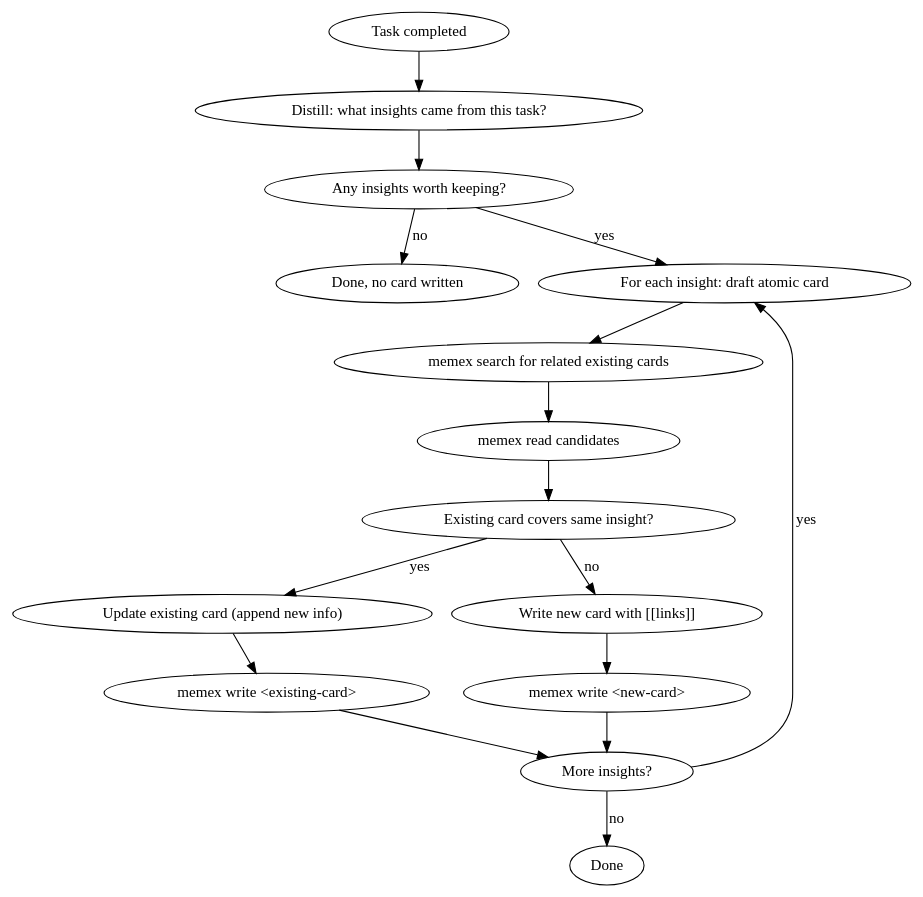
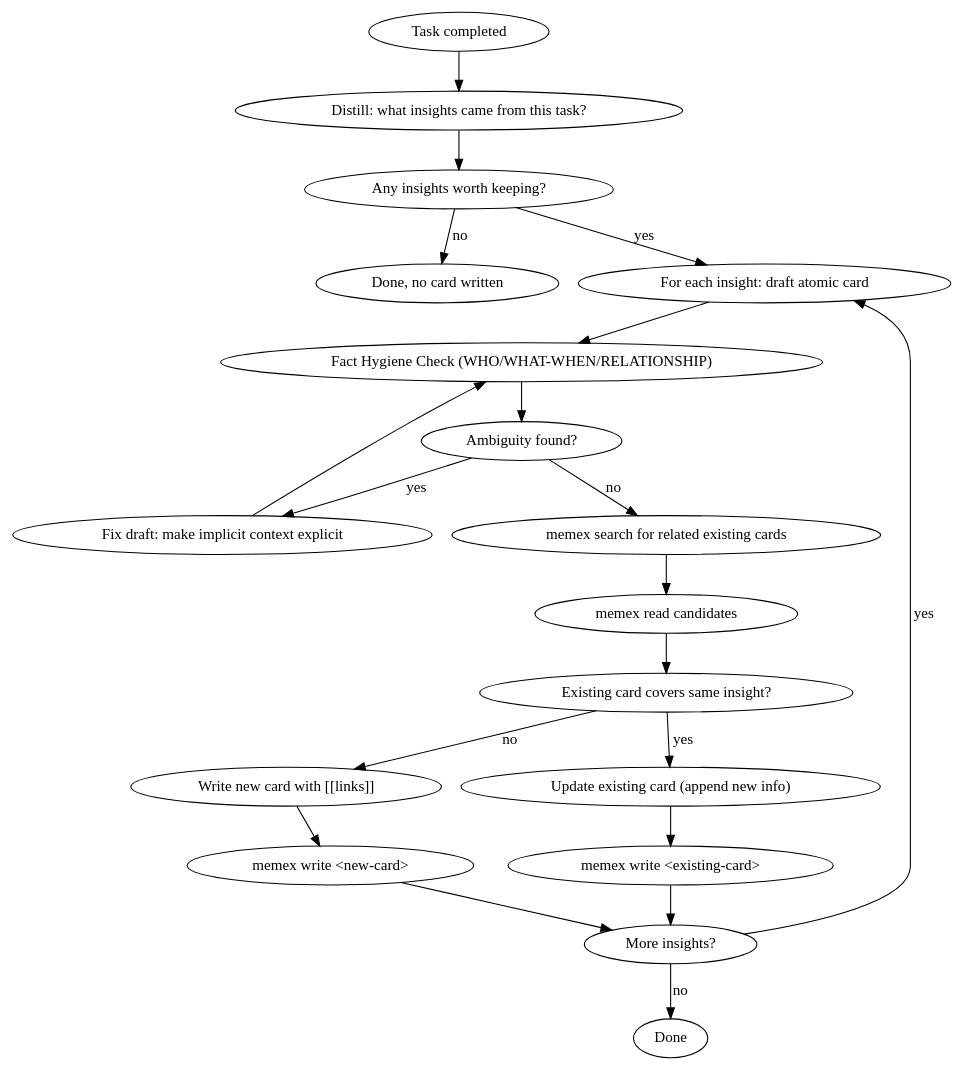
Before and after one commit to kagura-agent/memex: the diagram in skills/memex-retro/SKILL.md, drawn with Graphviz. The commit also changed other lines of this file, not shown here.

First line of the commit message:
Add Fact Hygiene Check to memex-retro skill

````diff
--- a/skills/memex-retro/SKILL.md
+++ b/skills/memex-retro/SKILL.md
@@ -25,19 +25,23 @@
 ```dot
 digraph retro {
     "Task completed" -> "Distill: what insights came from this task?";
     "Distill: what insights came from this task?" -> "Any insights worth keeping?" [shape=diamond];
     "Any insights worth keeping?" -> "Done, no card written" [label="no"];
     "Any insights worth keeping?" -> "For each insight: draft atomic card" [label="yes"];
-    "For each insight: draft atomic card" -> "memex search for related existing cards";
+    "For each insight: draft atomic card" -> "Fact Hygiene Check (WHO/WHAT-WHEN/RELATIONSHIP)";
+    "Fact Hygiene Check (WHO/WHAT-WHEN/RELATIONSHIP)" -> "Ambiguity found?" [shape=diamond];
+    "Ambiguity found?" -> "Fix draft: make implicit context explicit" [label="yes"];
+    "Fix draft: make implicit context explicit" -> "Fact Hygiene Check (WHO/WHAT-WHEN/RELATIONSHIP)";
+    "Ambiguity found?" -> "memex search for related existing cards" [label="no"];
     "memex search for related existing cards" -> "memex read candidates";
     "memex read candidates" -> "Existing card covers same insight?" [shape=diamond];
     "Existing card covers same insight?" -> "Update existing card (append new info)" [label="yes"];
     "Existing card covers same insight?" -> "Write new card with [[links]]" [label="no"];
     "Update existing card (append new info)" -> "memex write <existing-card>";
     "Write new card with [[links]]" -> "memex write <new-card>";
     "memex write <existing-card>" -> "More insights?" [shape=diamond];
     "memex write <new-card>" -> "More insights?" [shape=diamond];
     "More insights?" -> "For each insight: draft atomic card" [label="yes"];
     "More insights?" -> "Done" [label="no"];
 }
 ```
````
